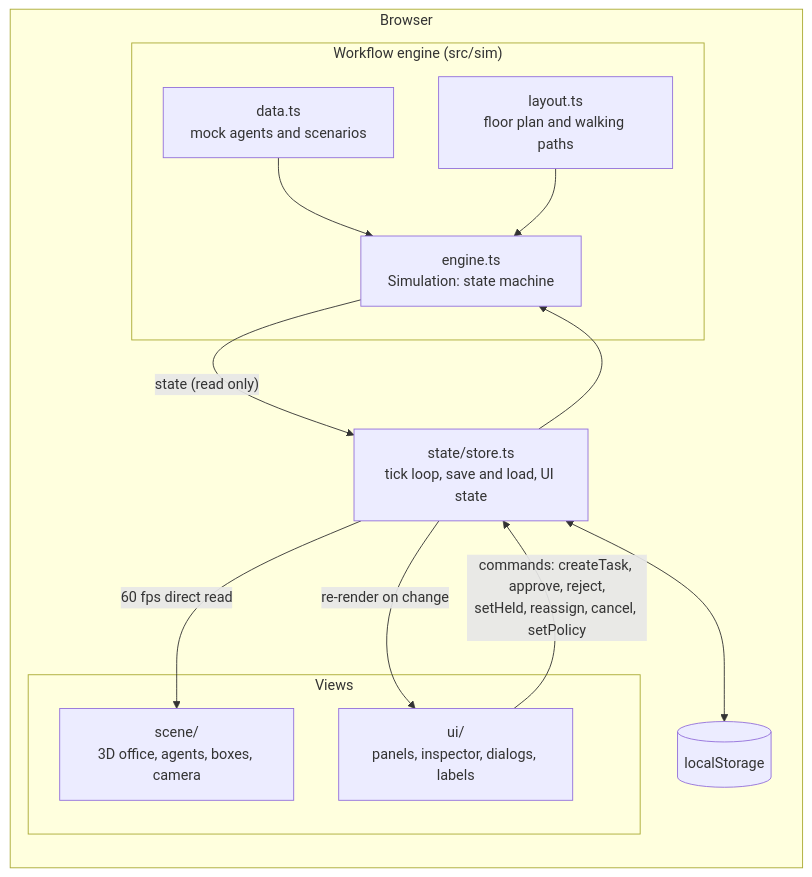
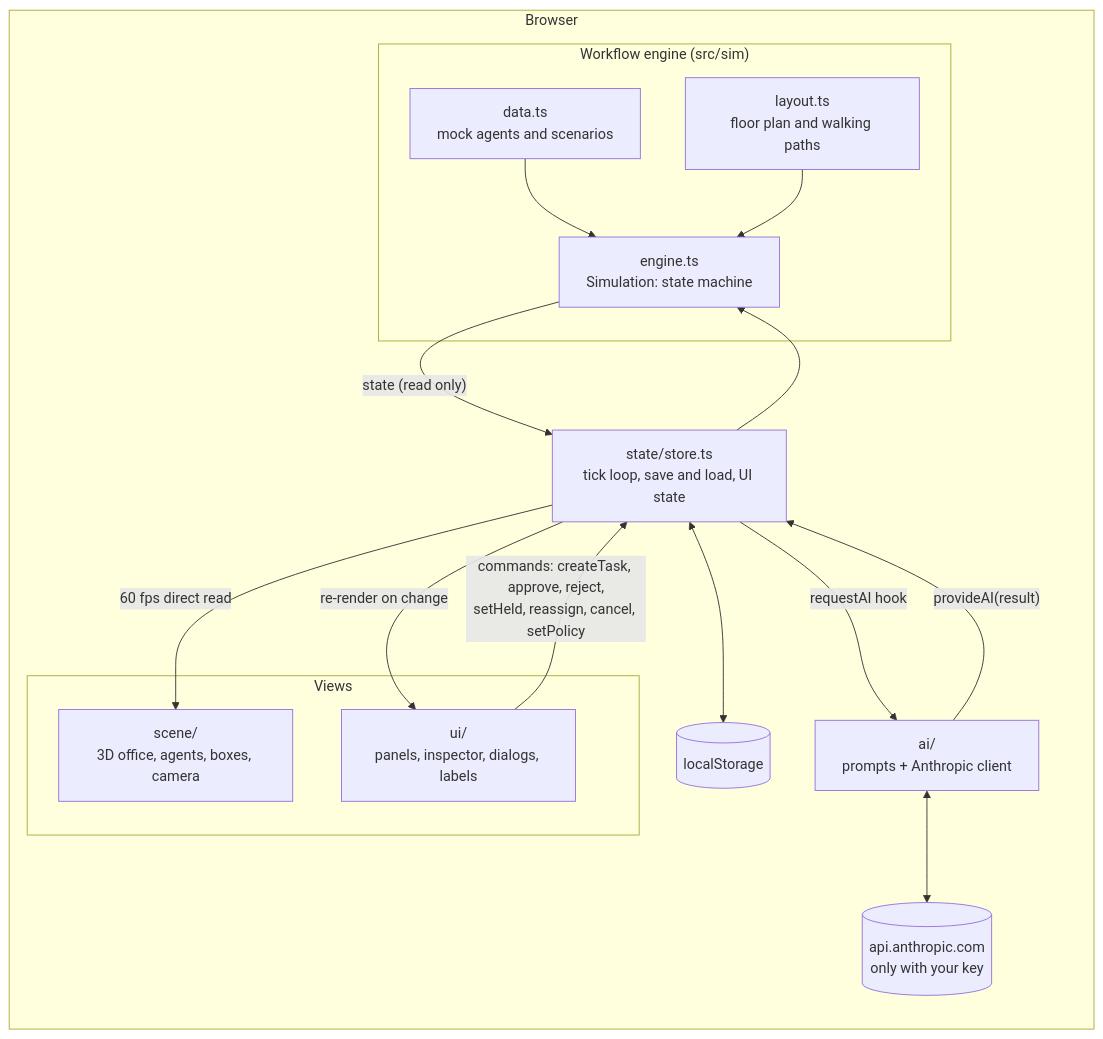
Before and after one commit to BGrandy/virtual-office: the first of 3 diagrams in README.md, drawn with Mermaid. The commit also changed other lines of this file and 28 other files, not shown here.

````diff
--- a/README.md
+++ b/README.md
@@ -138,23 +197,27 @@
 ```mermaid
 flowchart LR
   subgraph Browser
     subgraph Engine["Workflow engine (src/sim)"]
       D[data.ts<br/>mock agents and scenarios]
       E[engine.ts<br/>Simulation: state machine]
       L[layout.ts<br/>floor plan and walking paths]
       D --> E
       L --> E
     end
     S[state/store.ts<br/>tick loop, save and load, UI state]
+    AI[ai/<br/>prompts + Anthropic client]
+    S -- "requestAI hook" --> AI
+    AI -- "provideAI(result)" --> S
+    AI <--> API[(api.anthropic.com<br/>only with your key)]
     subgraph View["Views"]
       SC[scene/<br/>3D office, agents, boxes, camera]
       UI[ui/<br/>panels, inspector, dialogs, labels]
     end
     E -- "state (read only)" --> S
     S -- "60 fps direct read" --> SC
     S -- "re-render on change" --> UI
     UI -- "commands: createTask, approve, reject,<br/>setHeld, reassign, cancel, setPolicy" --> S
     S --> E
     S <--> LS[(localStorage)]
   end
 ```
````
